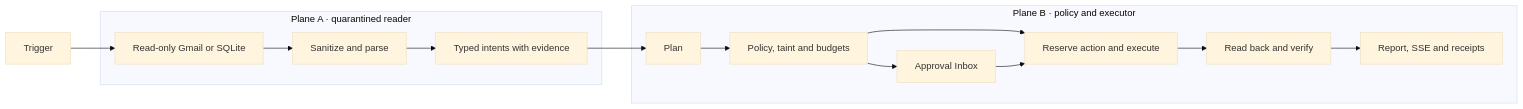
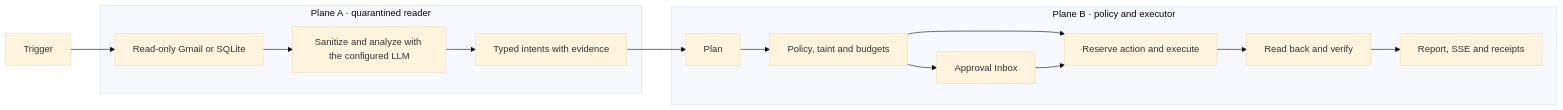
The diagram in AGENT.md (vishal88736/clam), drawn with Mermaid (base theme) before and after one commit. The commit also changed other lines of this file and 112 other files, not shown here.

````diff
--- a/AGENT.md
+++ b/AGENT.md
@@ -5,17 +5,17 @@
 ```mermaid
 flowchart LR
     T[Trigger] --> R
     subgraph A[Plane A · quarantined reader]
-        R[Read-only Gmail or SQLite] --> P[Sanitize and parse]
+        R[Read-only Gmail or SQLite] --> P[Sanitize and analyze with the configured LLM]
         P --> I[Typed intents with evidence]
     end
     subgraph B[Plane B · policy and executor]
         I --> L[Plan]
         L --> G[Policy, taint and budgets]
         G --> V[Approval Inbox]
         G --> X[Reserve action and execute]
         V --> X
         X --> C[Read back and verify]
         C --> E[Report, SSE and receipts]
     end
 ```
````
